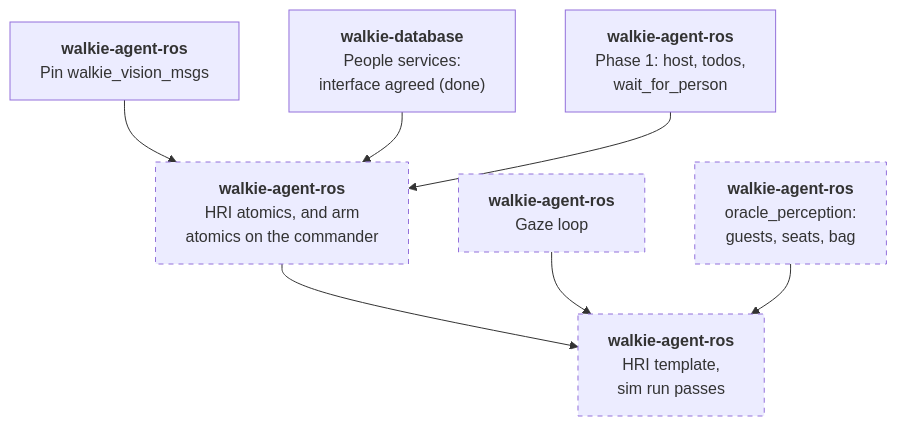
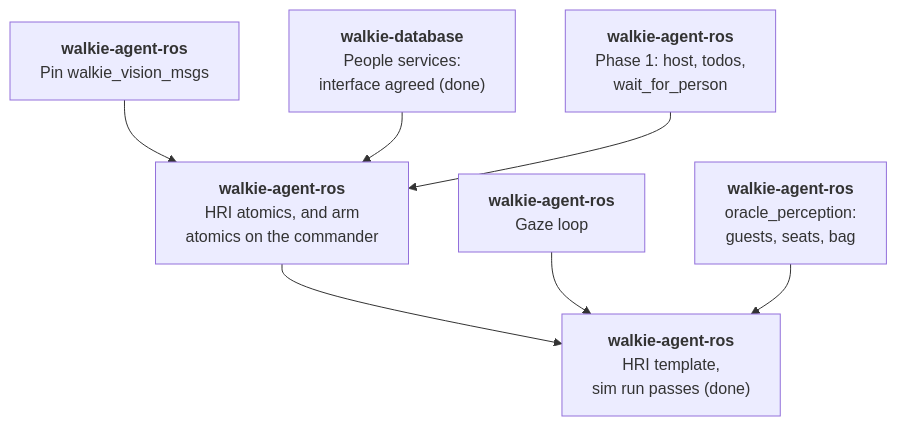
Before and after one commit to EIC-Robocup-2026/walkie-agent-ros: the third of 4 diagrams in docs/architecture/hri.md, drawn with Mermaid. The commit also changed other lines of this file, not shown here.

Commit message:
docs: record that the merged hri slice passes the sim check

````diff
--- a/docs/architecture/hri.md
+++ b/docs/architecture/hri.md
@@ -1025,19 +1025,19 @@
 ```mermaid
 flowchart TB
     di["<b>walkie-database</b><br/>People services:<br/>interface agreed (done)"]
     a0["<b>walkie-agent-ros</b><br/>Pin walkie_vision_msgs"]
     p1["<b>walkie-agent-ros</b><br/>Phase 1: host, todos,<br/>wait_for_person"]
-    a1["<b>walkie-agent-ros</b><br/>HRI atomics, and arm<br/>atomics on the commander"]:::proposed
-    g["<b>walkie-agent-ros</b><br/>Gaze loop"]:::proposed
-    s["<b>walkie-agent-ros</b><br/>oracle_perception:<br/>guests, seats, bag"]:::proposed
-    t["<b>walkie-agent-ros</b><br/>HRI template,<br/>sim run passes"]:::proposed
+    a1["<b>walkie-agent-ros</b><br/>HRI atomics, and arm<br/>atomics on the commander"]
+    g["<b>walkie-agent-ros</b><br/>Gaze loop"]
+    s["<b>walkie-agent-ros</b><br/>oracle_perception:<br/>guests, seats, bag"]
+    t["<b>walkie-agent-ros</b><br/>HRI template,<br/>sim run passes (done)"]
 
     a0 --> a1
     di --> a1
     p1 --> a1
     a1 --> t
     g --> t
     s --> t
 
     classDef proposed stroke-dasharray: 5 5;
 ```
````
